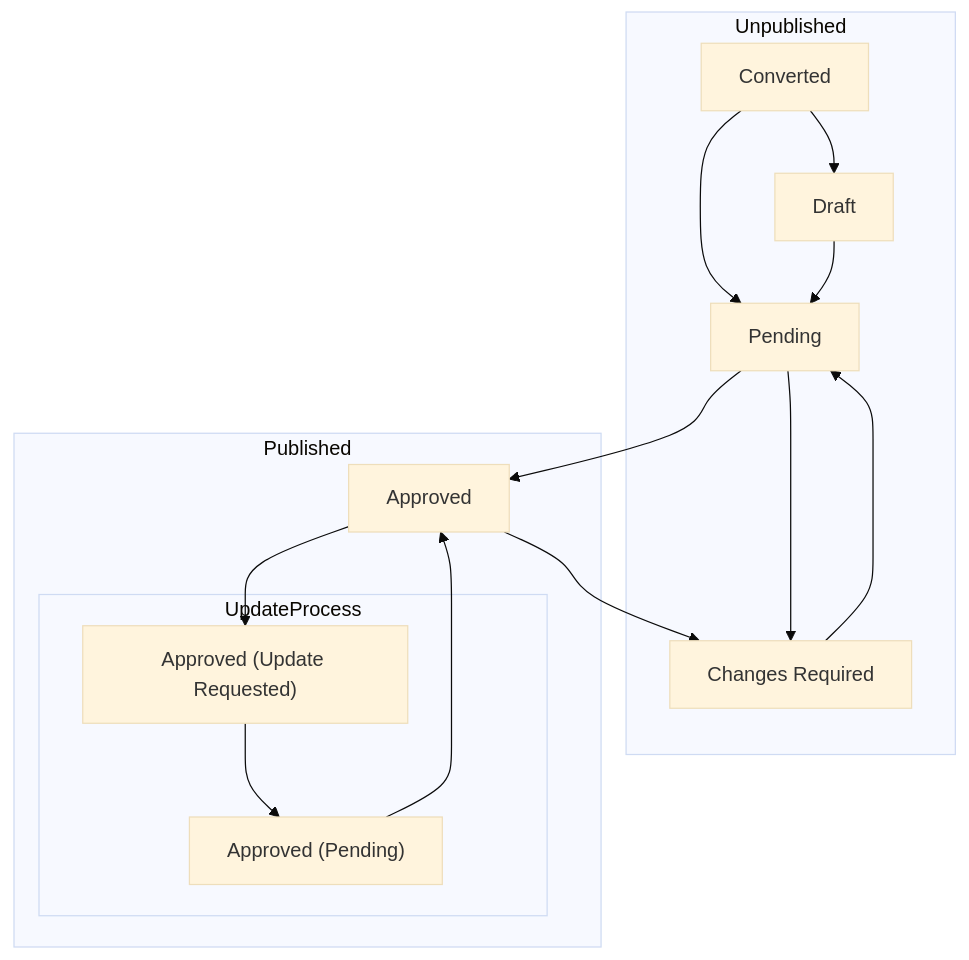
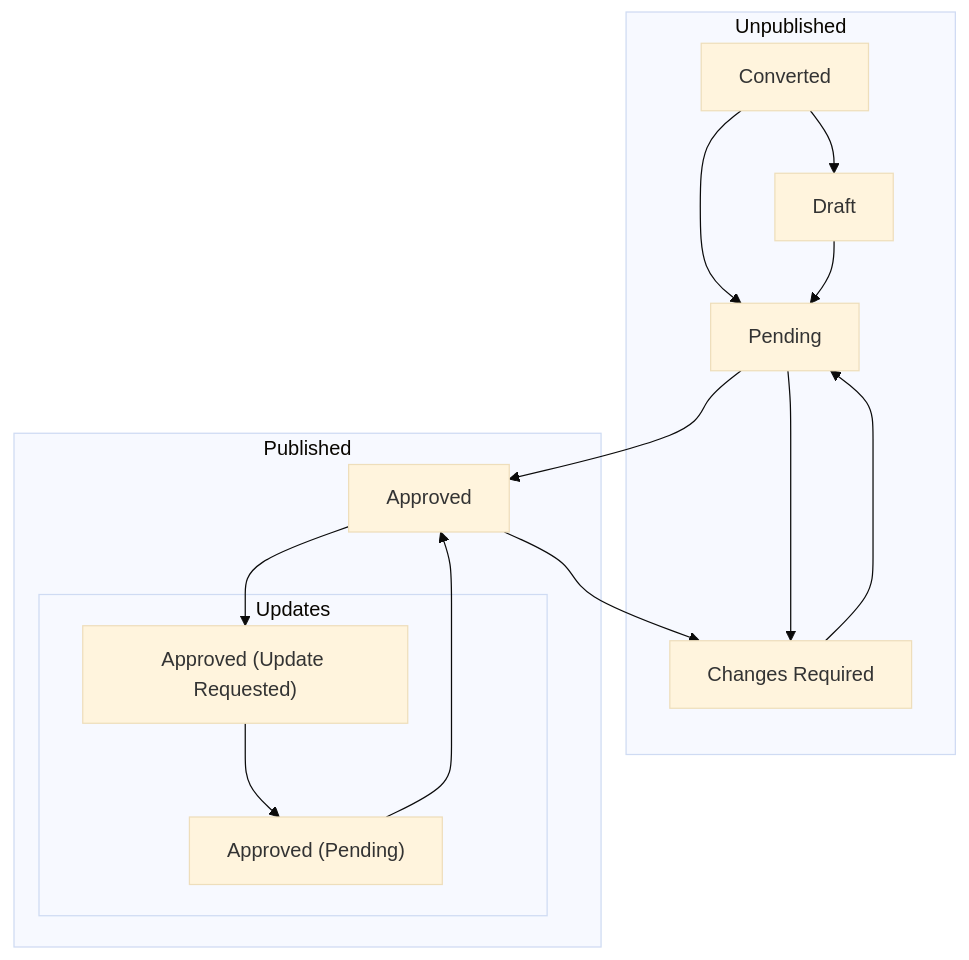
The diagram in README.md (opendp/deployments-registry-data), drawn with Mermaid (base theme) before and after one commit.

Commit message:
Update README.md
minor edit

````diff
--- a/README.md
+++ b/README.md
@@ -20,18 +20,18 @@
 ```mermaid
 graph TD
     subgraph Unpublished
         Converted --> Draft
         Converted --> Pending
         Draft --> Pending
         Pending --> Changes["Changes Required"] --> Pending
     end
     subgraph Published
-        subgraph UpdateProcess
+        subgraph Updates
             Update["Approved (Update Requested)"] --> Repending["Approved (Pending)"]
         end
         Approved --> Update["Approved (Update Requested)"] 
         Repending --> Approved
     end
     Pending --> Approved
     Approved --> Changes
 ```
````
